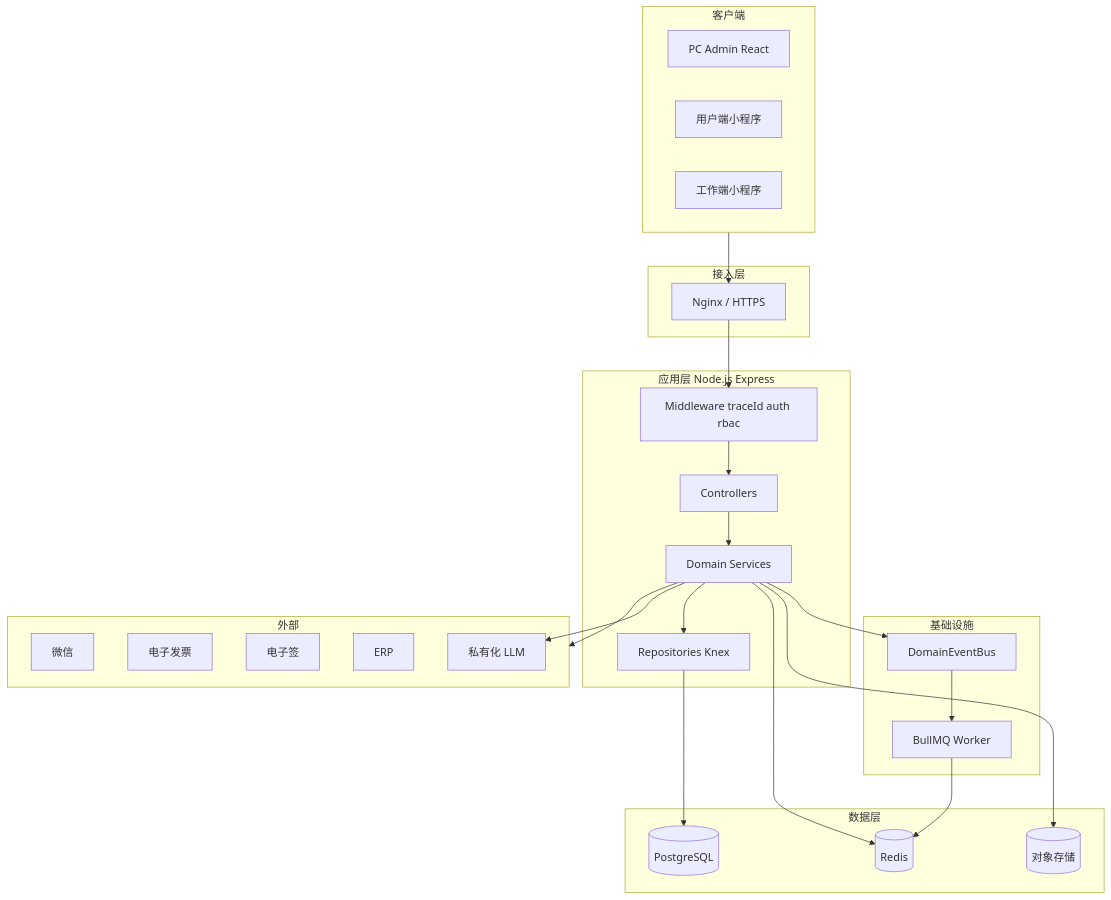
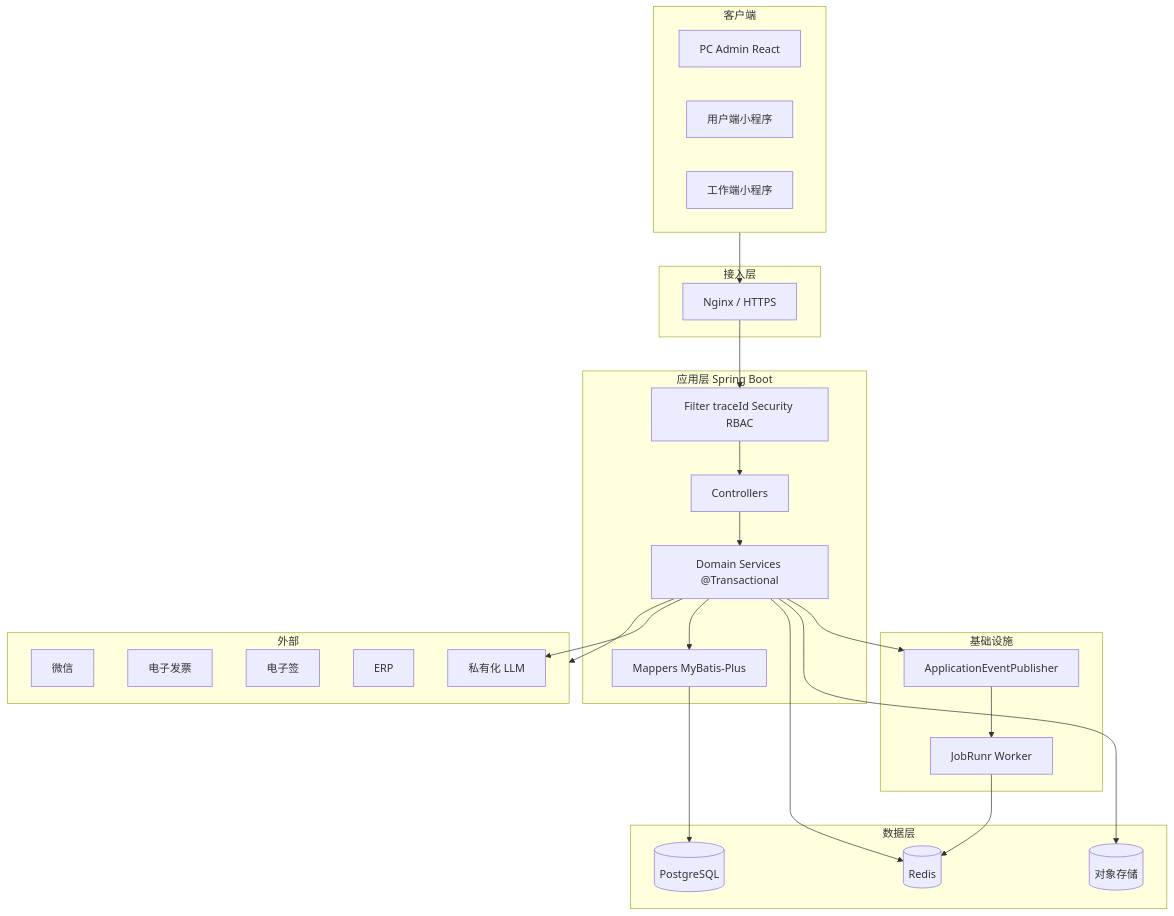
One commit to Jerry-RL/asset-management-system changed the first of 2 diagrams in docs/详细设计说明书.md. Above: the diagram before and after it, drawn with Mermaid. The commit also changed other lines of this file and 4 other files, not shown here.

````diff
--- a/docs/详细设计说明书.md
+++ b/docs/详细设计说明书.md
@@ -46,42 +46,42 @@
 ```mermaid
 flowchart TB
   subgraph clients ["客户端"]
     Admin["PC Admin React"]
     TenantMP["用户端小程序"]
     WorkerMP["工作端小程序"]
   end
   subgraph gateway ["接入层"]
     Nginx["Nginx / HTTPS"]
   end
-  subgraph app ["应用层 Node.js Express"]
-    MW["Middleware traceId auth rbac"]
+  subgraph app ["应用层 Spring Boot"]
+    MW["Filter traceId Security RBAC"]
     CTRL["Controllers"]
-    SVC["Domain Services"]
-    REPO["Repositories Knex"]
+    SVC["Domain Services @Transactional"]
+    REPO["Mappers MyBatis-Plus"]
   end
   subgraph infra ["基础设施"]
-    EB["DomainEventBus"]
-    Q["BullMQ Worker"]
+    EB["ApplicationEventPublisher"]
+    Q["JobRunr Worker"]
   end
   subgraph data ["数据层"]
     PG[(PostgreSQL)]
     Redis[(Redis)]
     OSS[(对象存储)]
   end
   subgraph external ["外部"]
     WeChat["微信"]
     Invoice["电子发票"]
     ESign["电子签"]
     ERP["ERP"]
     LLM["私有化 LLM"]
   end
   clients --> Nginx --> MW --> CTRL --> SVC
   SVC --> REPO --> PG
   SVC --> Redis
   SVC --> OSS
   SVC --> EB
   SVC --> external
   EB --> Q
   Q --> Redis
   SVC --> LLM
 ```
````
